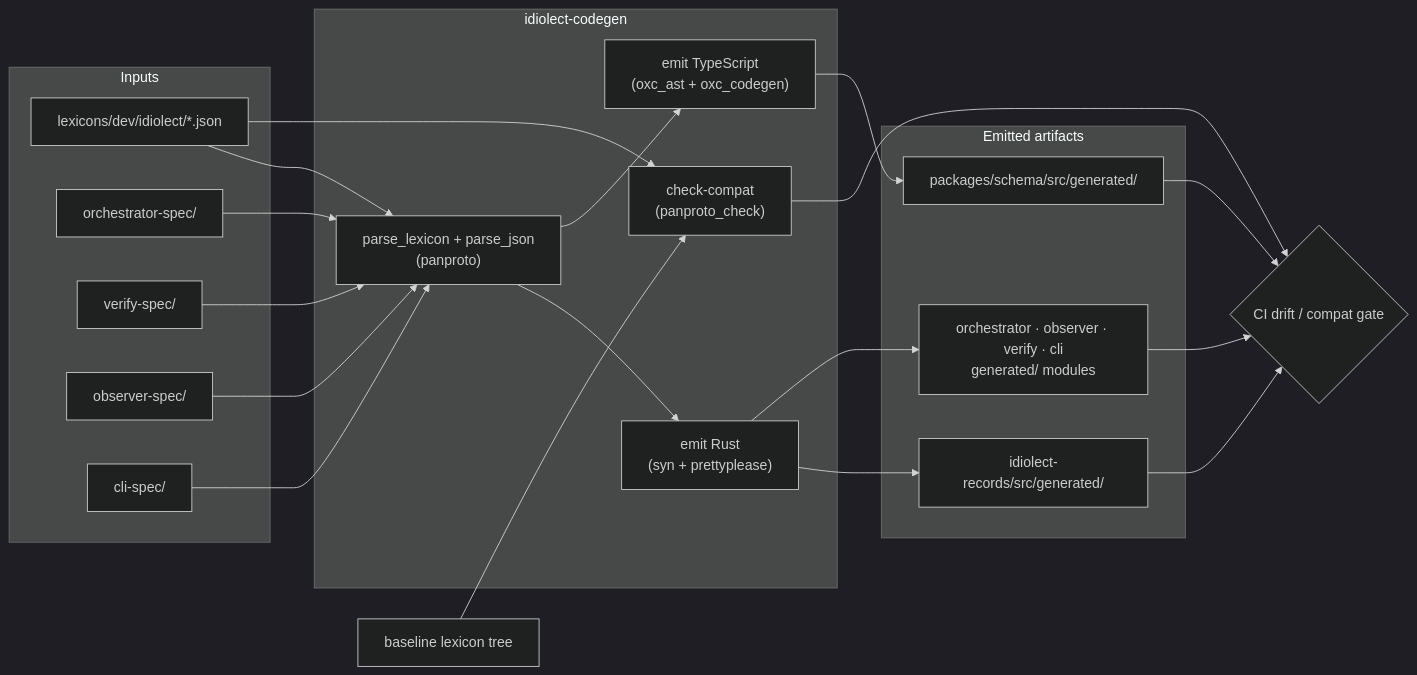
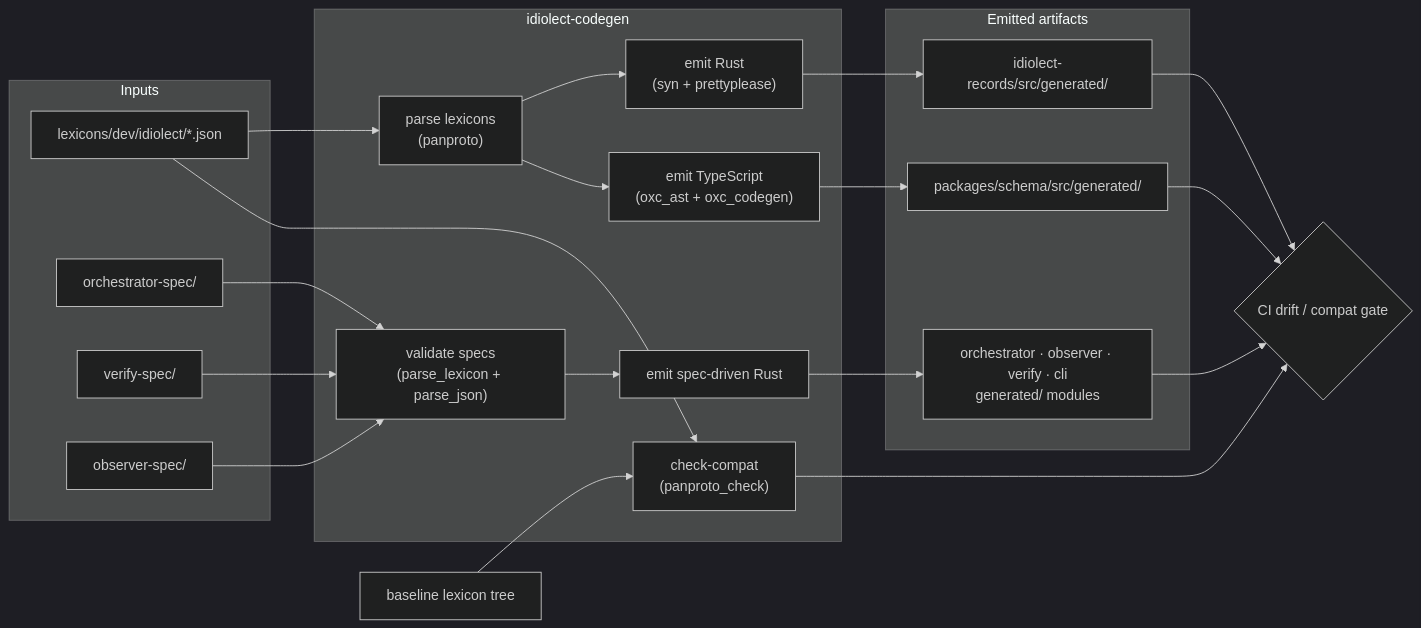
The diagram in crates/idiolect-codegen/README.md (idiolect-dev/idiolect), drawn with Mermaid (dark theme) before and after one commit. The commit also changed other lines of this file and 16 other files, not shown here.

````diff
--- a/crates/idiolect-codegen/README.md
+++ b/crates/idiolect-codegen/README.md
@@ -21,43 +21,44 @@
 ```mermaid
 flowchart LR
     subgraph inputs["Inputs"]
         LEX["lexicons/dev/idiolect/*.json"]
         OSPEC["orchestrator-spec/"]
         VSPEC["verify-spec/"]
         MSPEC["observer-spec/"]
-        CSPEC["cli-spec/"]
     end
 
     subgraph codegen["idiolect-codegen"]
-        PARSE["parse_lexicon + parse_json<br/>(panproto)"]
+        LPARSE["parse lexicons<br/>(panproto)"]
+        SPARSE["validate specs<br/>(parse_lexicon + parse_json)"]
         EMIT_R["emit Rust<br/>(syn + prettyplease)"]
         EMIT_TS["emit TypeScript<br/>(oxc_ast + oxc_codegen)"]
+        EMIT_SPEC["emit spec-driven Rust"]
         CHECK["check-compat<br/>(panproto_check)"]
     end
 
     subgraph outputs["Emitted artifacts"]
         RECS["idiolect-records/src/generated/"]
         NPM["packages/schema/src/generated/"]
         WIRE["orchestrator · observer · verify · cli<br/>generated/ modules"]
     end
 
     BASELINE["baseline lexicon tree"]
     GATE{"CI drift / compat gate"}
 
-    LEX --> PARSE
-    OSPEC --> PARSE
-    VSPEC --> PARSE
-    MSPEC --> PARSE
-    CSPEC --> PARSE
-    PARSE --> EMIT_R
-    PARSE --> EMIT_TS
+    LEX --> LPARSE
+    OSPEC --> SPARSE
+    VSPEC --> SPARSE
+    MSPEC --> SPARSE
+    LPARSE --> EMIT_R
+    LPARSE --> EMIT_TS
+    SPARSE --> EMIT_SPEC
     EMIT_R --> RECS
-    EMIT_R --> WIRE
     EMIT_TS --> NPM
+    EMIT_SPEC --> WIRE
     BASELINE --> CHECK
     LEX --> CHECK
     RECS --> GATE
     NPM --> GATE
     WIRE --> GATE
     CHECK --> GATE
 ```
````
